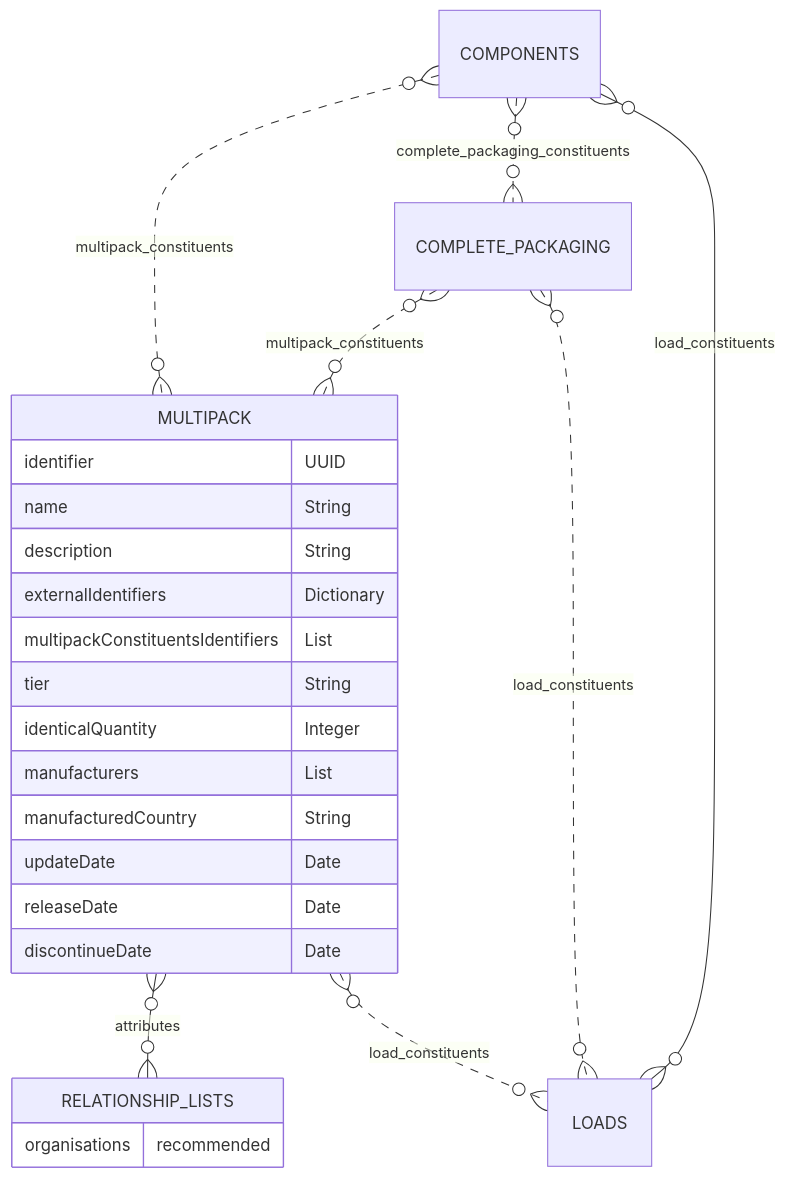
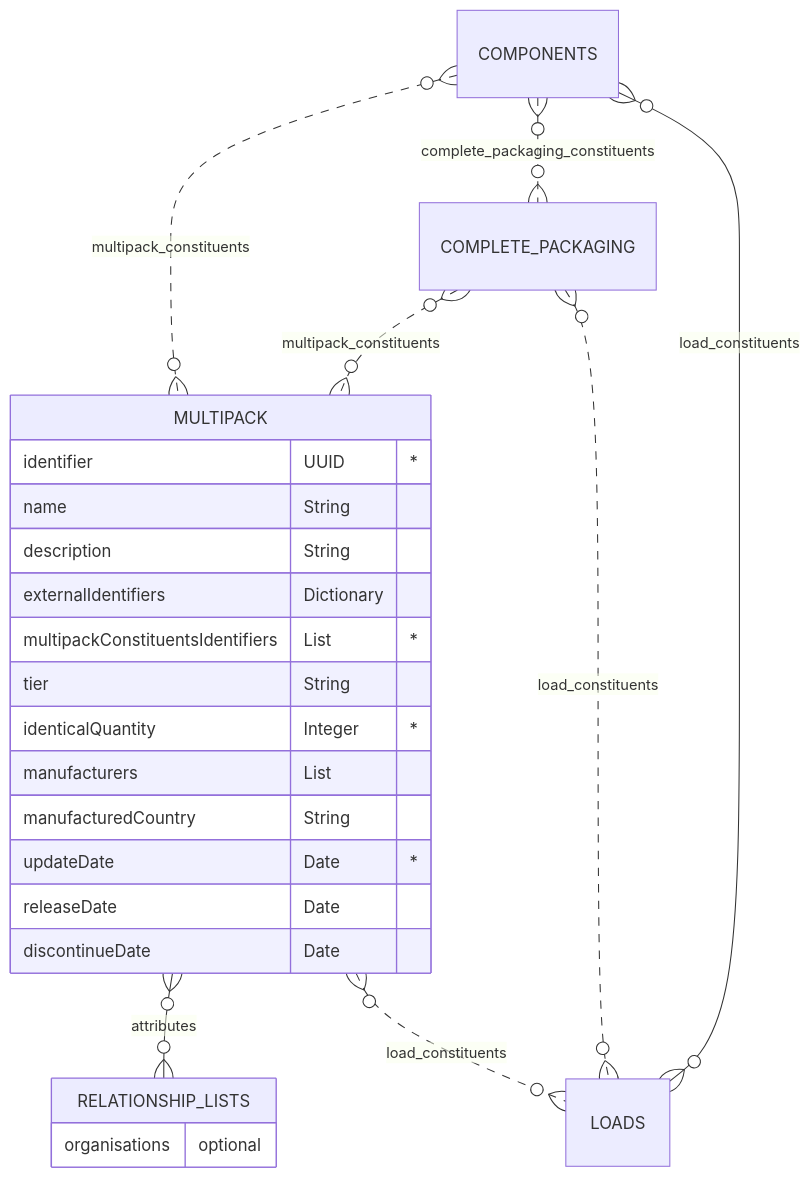
One commit to OpenDataManchester/Open3P changed the diagram in docs/3_Data_Specification/3_5_Multipack.md. Above: the diagram before and after it, drawn with Mermaid. The commit also changed other lines of this file, not shown here.

Commit message:
Requ --> Mand, Recc --> Optional, add [*] to table

````diff
--- a/docs/3_Data_Specification/3_5_Multipack.md
+++ b/docs/3_Data_Specification/3_5_Multipack.md
@@ -30,27 +30,27 @@
 ``` mermaid
 erDiagram
 COMPONENTS }o..o{ MULTIPACK : multipack_constituents
 COMPONENTS }o..o{ COMPLETE_PACKAGING : complete_packaging_constituents
 COMPLETE_PACKAGING }o..o{ MULTIPACK : multipack_constituents
   MULTIPACK {
-    identifier UUID
+    identifier UUID "*"
     name String
     description String
     externalIdentifiers Dictionary
-    multipackConstituentsIdentifiers List
+    multipackConstituentsIdentifiers List "*"
     tier String
-    identicalQuantity Integer
+    identicalQuantity Integer "*"
     manufacturers List
     manufacturedCountry String
-    updateDate Date
+    updateDate Date "*"
     releaseDate Date
     discontinueDate Date
   }
   MULTIPACK }o--o{ RELATIONSHIP_LISTS : attributes
   COMPLETE_PACKAGING }o..o{ LOADS : load_constituents
   MULTIPACK }o..o{ LOADS : load_constituents
   COMPONENTS }o--o{ LOADS : load_constituents
       RELATIONSHIP_LISTS {
-        organisations recommended
+        organisations optional
     }
 ```
````
